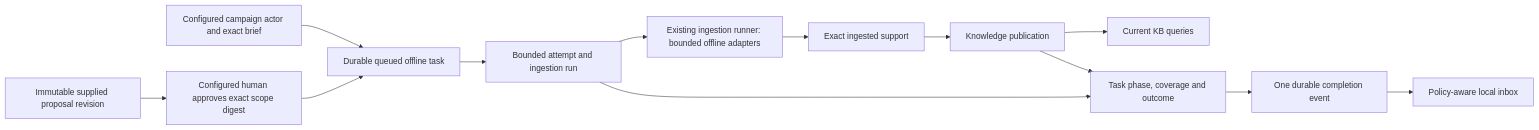
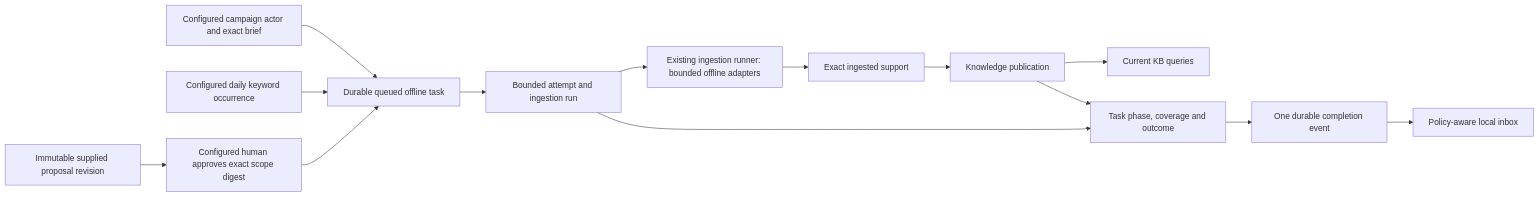
The second of 4 diagrams in docs/architecture.md (jinroylee/social-marketing-intelligence), drawn with Mermaid before and after one commit. The commit also changed other lines of this file and 29 other files, not shown here.

````diff
--- a/docs/architecture.md
+++ b/docs/architecture.md
@@ -40,15 +40,16 @@
 ```mermaid
 flowchart LR
     Campaign[Configured campaign actor and exact brief] --> Task[Durable queued offline task]
+    Schedule[Configured daily keyword occurrence] --> Task
     Proposal[Immutable supplied proposal revision] --> Approval[Configured human approves exact scope digest]
     Approval --> Task
     Task --> Attempt[Bounded attempt and ingestion run]
     Attempt --> Runner[Existing ingestion runner: bounded offline adapters]
     Runner --> Support[Exact ingested support]
     Support --> Publication[Knowledge publication]
     Publication --> Query[Current KB queries]
     Attempt --> Detail[Task phase, coverage and outcome]
     Publication --> Detail
     Detail --> Event[One durable completion event]
     Event --> Inbox[Policy-aware local inbox]
 ```
````
